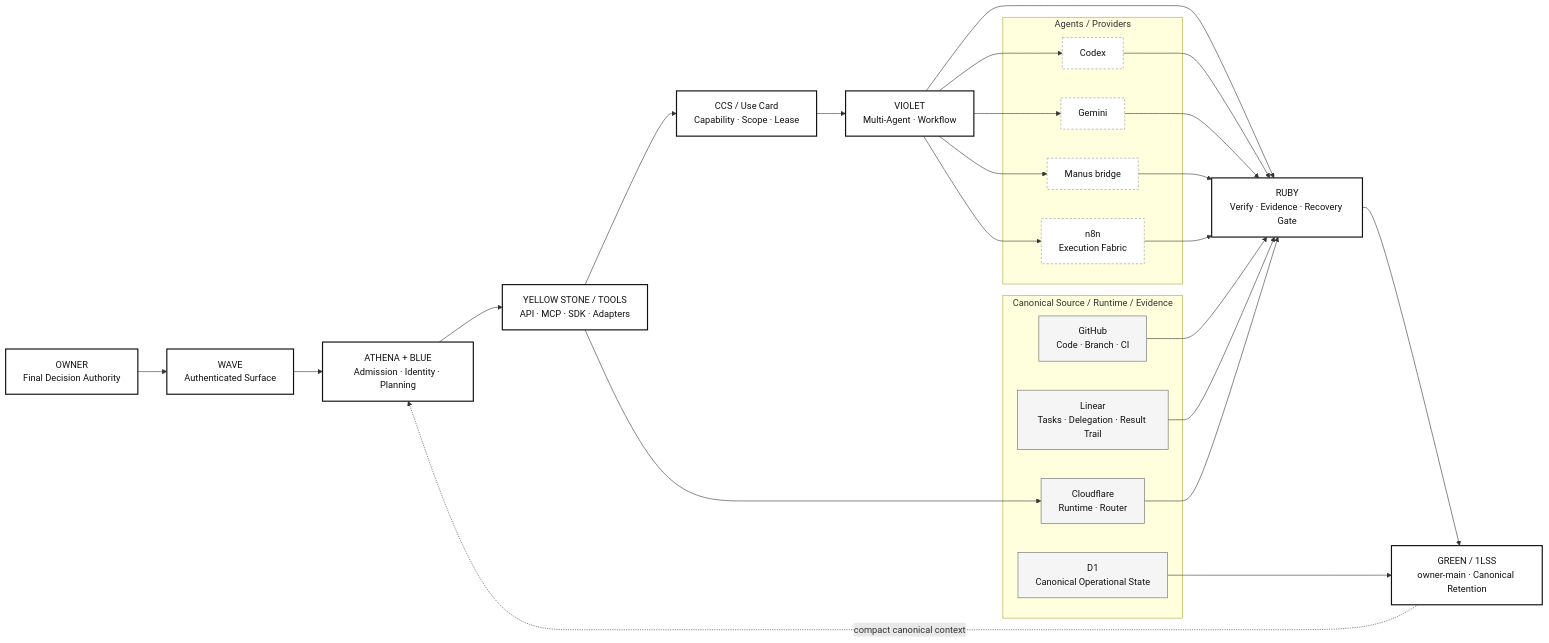
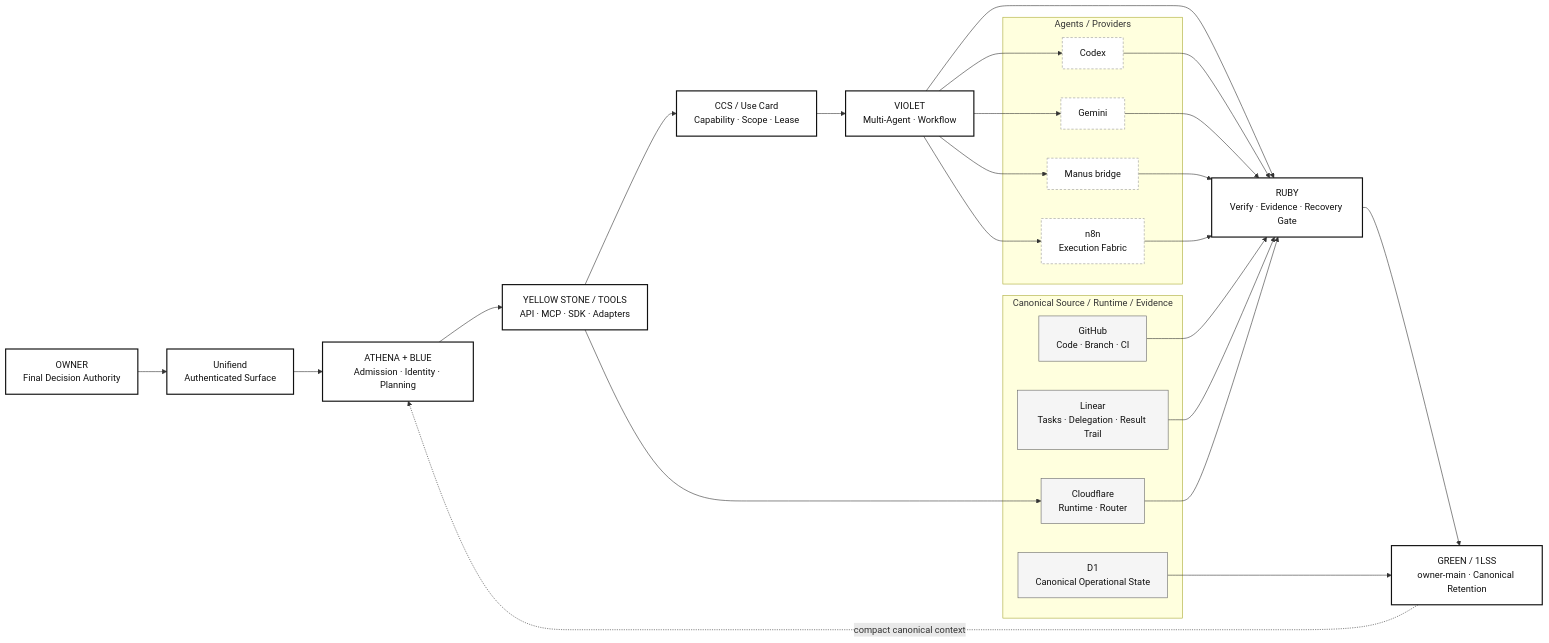
Before and after one commit to GH-ADDMINPOVIDER/Build-Platform: the diagram in docs/architecture/OGE_SYSTEM_MAP.mmd, drawn with Mermaid. The commit also changed 408 other files, not shown here.

```diff
--- a/docs/architecture/OGE_SYSTEM_MAP.mmd
+++ b/docs/architecture/OGE_SYSTEM_MAP.mmd
@@ -1,45 +1,45 @@
 flowchart LR
   classDef core fill:#fff,stroke:#111,color:#111,stroke-width:2px;
   classDef support fill:#f5f5f5,stroke:#666,color:#111,stroke-width:1px;
   classDef provider fill:#fff,stroke:#999,color:#111,stroke-dasharray: 4 3;
 
   OWNER["OWNER<br/>Final Decision Authority"]:::core
-  WAVE["WAVE<br/>Authenticated Surface"]:::core
+  Unifiend["Unifiend<br/>Authenticated Surface"]:::core
   ATHENA["ATHENA + BLUE<br/>Admission · Identity · Planning"]:::core
   YELLOW["YELLOW STONE / TOOLS<br/>API · MCP · SDK · Adapters"]:::core
   CCS["CCS / Use Card<br/>Capability · Scope · Lease"]:::core
   VIOLET["VIOLET<br/>Multi-Agent · Workflow"]:::core
   RUBY["RUBY<br/>Verify · Evidence · Recovery Gate"]:::core
   GREEN["GREEN / 1LSS<br/>owner-main · Canonical Retention"]:::core
 
-  OWNER --> WAVE --> ATHENA --> YELLOW --> CCS --> VIOLET --> RUBY --> GREEN
+  OWNER --> Unifiend --> ATHENA --> YELLOW --> CCS --> VIOLET --> RUBY --> GREEN
   GREEN -. compact canonical context .-> ATHENA
 
   subgraph Providers["Agents / Providers"]
     CODEX["Codex"]:::provider
     GEMINI["Gemini"]:::provider
     MANUS["Manus bridge"]:::provider
     N8N["n8n<br/>Execution Fabric"]:::provider
   end
 
   VIOLET --> CODEX
   VIOLET --> GEMINI
   VIOLET --> MANUS
   VIOLET --> N8N
   CODEX --> RUBY
   GEMINI --> RUBY
   MANUS --> RUBY
   N8N --> RUBY
 
   subgraph Evidence["Canonical Source / Runtime / Evidence"]
     GH["GitHub<br/>Code · Branch · CI"]:::support
     LIN["Linear<br/>Tasks · Delegation · Result Trail"]:::support
     CF["Cloudflare<br/>Runtime · Router"]:::support
     D1["D1<br/>Canonical Operational State"]:::support
   end
 
   YELLOW --> CF
   GH --> RUBY
   LIN --> RUBY
   CF --> RUBY
   D1 --> GREEN
```
